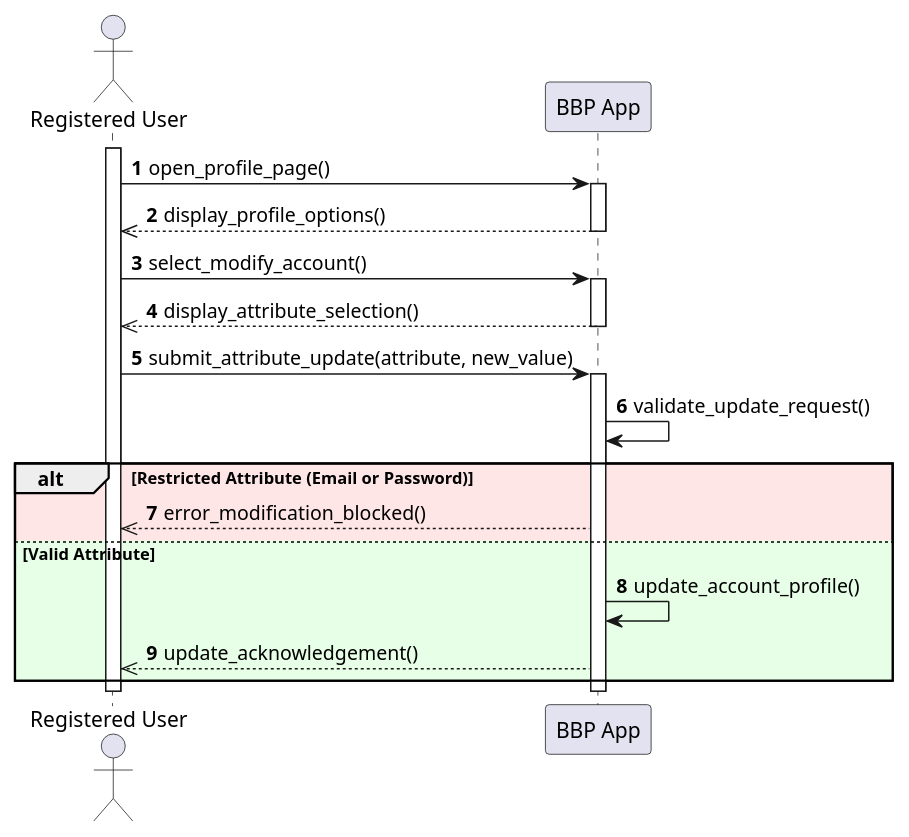
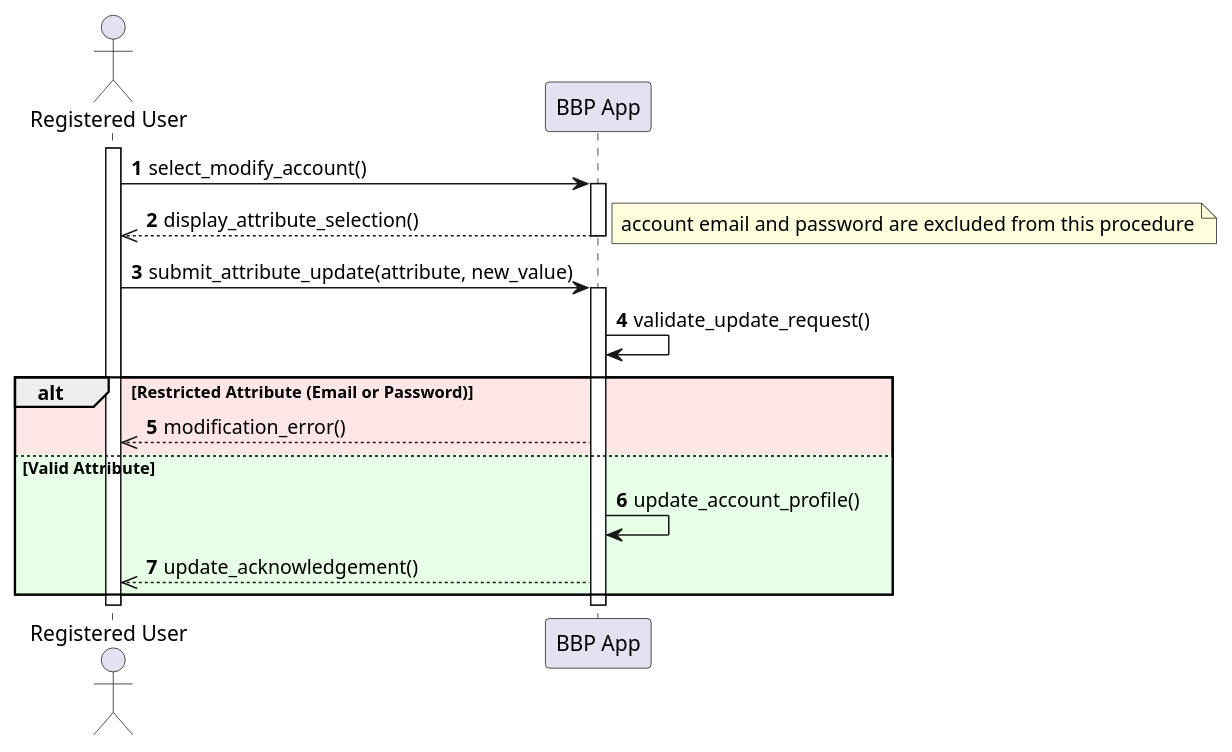
One commit to Guflie/PoliMi-SWE2-RDD-project changed the diagram in diagrams/RASD/sequence diagram/UC3_sequence_diagram.puml. Above: the diagram before and after it, drawn with PlantUML. The commit also changed 16 other files, not shown here.

Commit message:
[RASD] Updated and fixed Sequence Diagrams

```diff
--- a/diagrams/RASD/sequence diagram/UC3_sequence_diagram.puml
+++ b/diagrams/RASD/sequence diagram/UC3_sequence_diagram.puml
@@ -1,35 +1,33 @@
 @startuml uc3_sequence_diagram
 actor "Registered User" as User
 participant "BBP App" as App
 
 autonumber
 
 activate User
 
-User -> App : open_profile_page()
-activate App
-App -->> User : display_profile_options()
-deactivate App
-
 User -> App : select_modify_account()
 activate App
 App -->> User : display_attribute_selection()
+note right: account email and password are excluded from this procedure
 deactivate App
 
 User -> App : submit_attribute_update(attribute, new_value)
+
 activate App
 App -> App : validate_update_request()
 
+
 alt #ffe6e6 Restricted Attribute (Email or Password)
     ' Exception 1: User tries to modify restricted fields
-    App -->> User : error_modification_blocked()
+    App -->> User : modification_error()
 
 else #e6ffe6 Valid Attribute
     ' Success Flow
     App -> App : update_account_profile()
     App -->> User : update_acknowledgement()
 end
 
 deactivate App
 deactivate User
 @enduml
```
